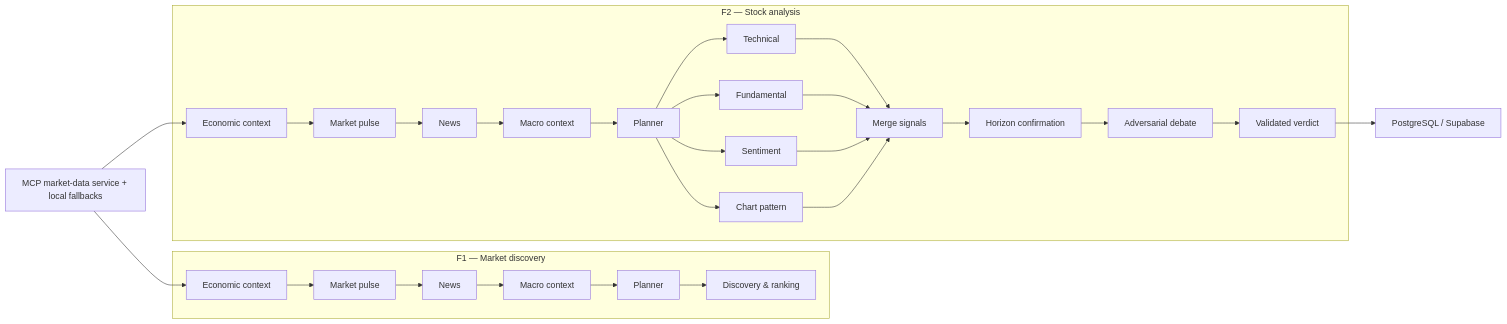
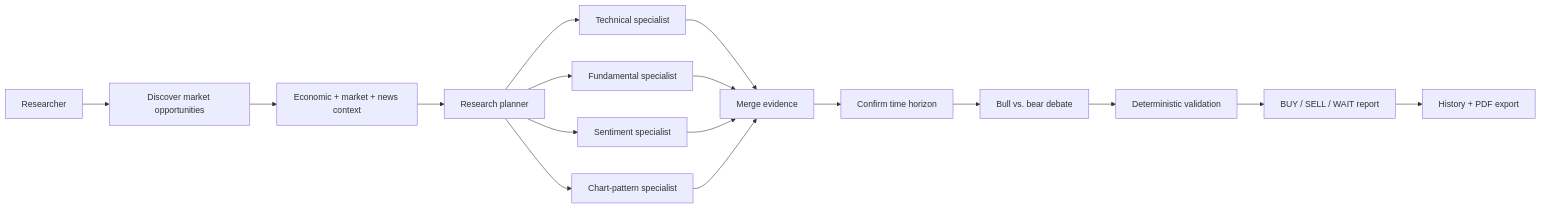
One commit to Rushilm9/OpenAi-Build-Week-Hackthon changed the diagram in README.md. Above: the diagram before and after it, drawn with Mermaid. The commit also changed other lines of this file and 5 other files, not shown here.

````diff
--- a/README.md
+++ b/README.md
@@ -40,25 +93,19 @@
 ```mermaid
 flowchart LR
-    subgraph F1["F1 — Market discovery"]
-        E1["Economic context"] --> M1["Market pulse"] --> N1["News"]
-        N1 --> C1["Macro context"] --> P1["Planner"] --> D1["Discovery & ranking"]
-    end
-
-    subgraph F2["F2 — Stock analysis"]
-        E2["Economic context"] --> M2["Market pulse"] --> N2["News"]
-        N2 --> C2["Macro context"] --> P2["Planner"]
-        P2 --> T["Technical"]
-        P2 --> F["Fundamental"]
-        P2 --> S["Sentiment"]
-        P2 --> CP["Chart pattern"]
-        T --> MERGE["Merge signals"]
-        F --> MERGE
-        S --> MERGE
-        CP --> MERGE
-        MERGE --> H["Horizon confirmation"] --> DB["Adversarial debate"] --> V["Validated verdict"]
-    end
-
-    DATA["MCP market-data service + local fallbacks"] --> E1
-    DATA --> E2
-    V --> PG["PostgreSQL / Supabase"]
+    U["Researcher"] --> D["Discover market opportunities"]
+    D --> C["Economic + market + news context"]
+    C --> P["Research planner"]
+    P --> T["Technical specialist"]
+    P --> F["Fundamental specialist"]
+    P --> S["Sentiment specialist"]
+    P --> CP["Chart-pattern specialist"]
+    T --> M["Merge evidence"]
+    F --> M
+    S --> M
+    CP --> M
+    M --> H["Confirm time horizon"]
+    H --> B["Bull vs. bear debate"]
+    B --> V["Deterministic validation"]
+    V --> R["BUY / SELL / WAIT report"]
+    R --> A["History + PDF export"]
 ```
````
